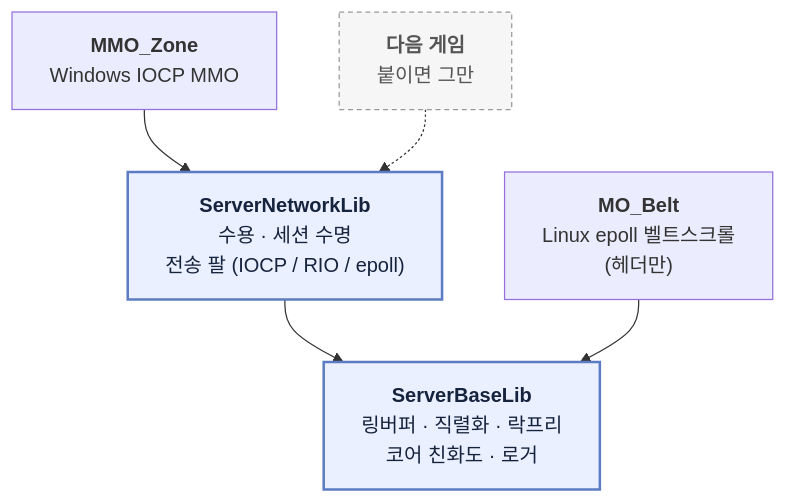
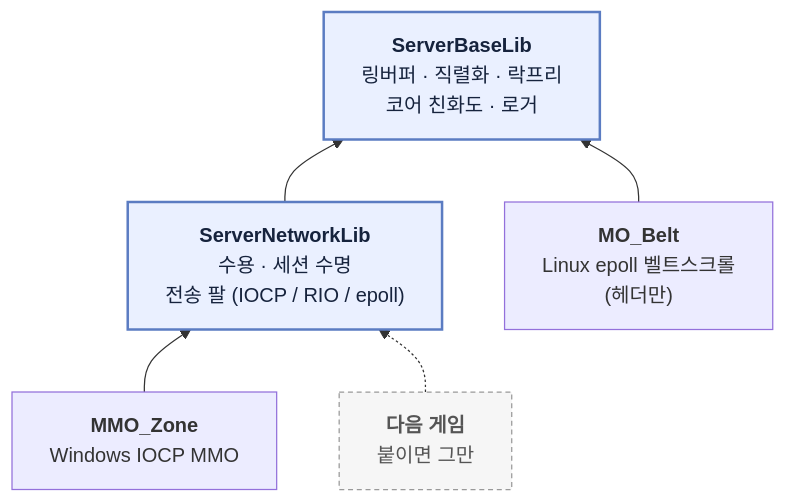
The diagram in README.md (cocoz93/ServerCore), drawn with Mermaid before and after one commit. The commit also changed other lines of this file, not shown here.

````diff
--- a/README.md
+++ b/README.md
@@ -7,17 +7,17 @@
 ```mermaid
-flowchart TD
+flowchart BT
     A["<b>MMO_Zone</b><br/>Windows IOCP MMO"]
     C["<b>다음 게임</b><br/>붙이면 그만"]
     B["<b>MO_Belt</b><br/>Linux epoll 벨트스크롤<br/>(헤더만)"]
     N["<b>ServerNetworkLib</b><br/>수용 · 세션 수명<br/>전송 팔 (IOCP / RIO / epoll)"]
     S["<b>ServerBaseLib</b><br/>링버퍼 · 직렬화 · 락프리<br/>코어 친화도 · 로거"]
     A --> N
     C -.-> N
     N --> S
     B --> S
     %% 글자색을 반드시 같이 지정한다 — fill 만 주면 깃허브 다크 모드에서 글자가 배경에 묻힌다
     classDef core fill:#eaf0ff,stroke:#5b7cc2,stroke-width:2px,color:#16233d
     classDef next fill:#f6f6f6,stroke:#999,stroke-dasharray:4 3,color:#555
     class N,S core
     class C next
 ```
````
